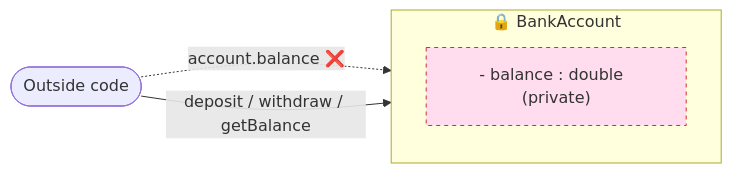
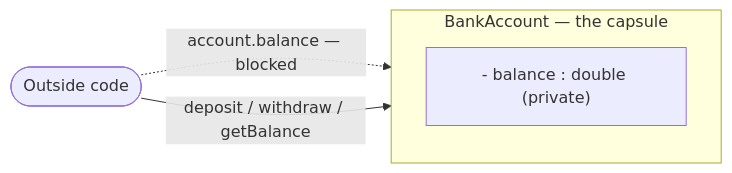
One commit to mohammad-mriesh-job/cortex changed the first of 3 diagrams in src/modules/oop/content/02-pillars/01-encapsulation.md. Above: the diagram before and after it, drawn with Mermaid. The commit also changed other lines of this file and 257 other files, not shown here.

````diff
--- a/src/modules/oop/content/02-pillars/01-encapsulation.md
+++ b/src/modules/oop/content/02-pillars/01-encapsulation.md
@@ -17,10 +17,9 @@
 ```mermaid
 flowchart LR
-    subgraph Capsule["🔒 BankAccount"]
+    subgraph Capsule["BankAccount — the capsule"]
       direction TB
-      P["- balance : double  (private)"]:::hidden
+      P["- balance : double (private)"]
     end
-    Caller(["Outside code"]) -->|deposit / withdraw / getBalance| Capsule
-    Caller -.->|"account.balance ❌"| P
-    classDef hidden fill:#fde,stroke:#c33,stroke-dasharray:4;
+    Caller(["Outside code"]) -->|"deposit / withdraw / getBalance"| Capsule
+    Caller -.->|"account.balance — blocked"| P
 ```
````
